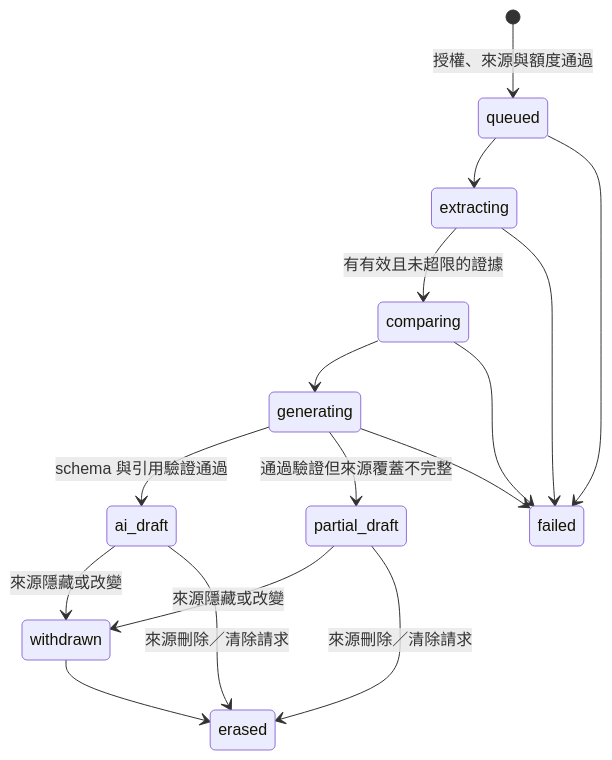
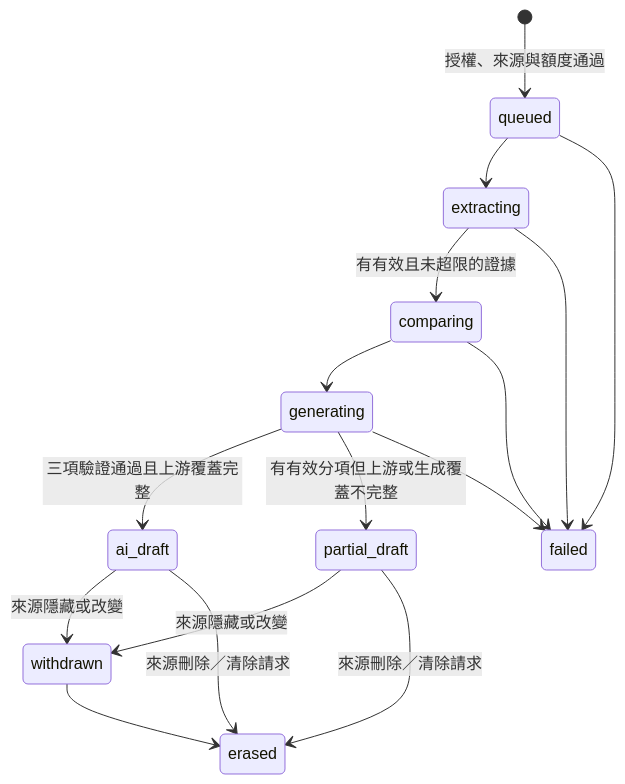
The diagram in plan.md (g0v/civic-talk-hono), drawn with Mermaid before and after one commit. The commit also changed other lines of this file, not shown here.

````diff
--- a/plan.md
+++ b/plan.md
@@ -184,18 +224,18 @@
 ```mermaid
 stateDiagram-v2
     [*] --> queued: 授權、來源與額度通過
     queued --> extracting
     extracting --> comparing: 有有效且未超限的證據
     comparing --> generating
-    generating --> ai_draft: schema 與引用驗證通過
-    generating --> partial_draft: 通過驗證但來源覆蓋不完整
+    generating --> ai_draft: 三項驗證通過且上游覆蓋完整
+    generating --> partial_draft: 有有效分項但上游或生成覆蓋不完整
     queued --> failed
     extracting --> failed
     comparing --> failed
     generating --> failed
     ai_draft --> withdrawn: 來源隱藏或改變
     partial_draft --> withdrawn: 來源隱藏或改變
     ai_draft --> erased: 來源刪除／清除請求
     partial_draft --> erased: 來源刪除／清除請求
     withdrawn --> erased
 ```
````
